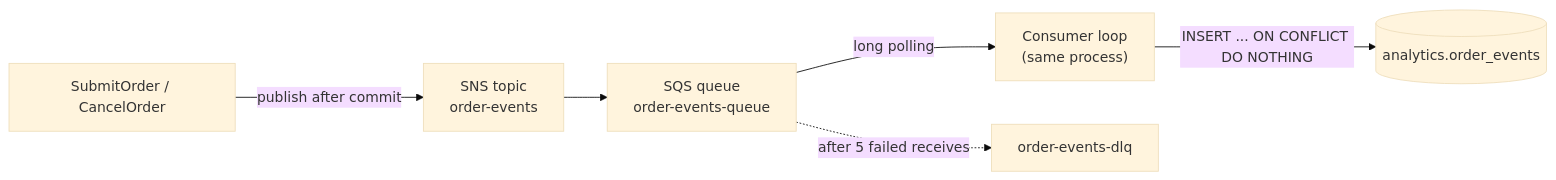
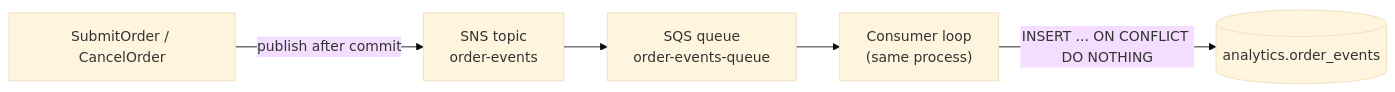
One commit to Samuel0023/cocos-challenge changed the second of 2 diagrams in docs/architecture.md. Above: the diagram before and after it, drawn with Mermaid (base theme). The commit also changed other lines of this file and 13 other files, not shown here.

````diff
--- a/docs/architecture.md
+++ b/docs/architecture.md
@@ -67,8 +65,7 @@
 ```mermaid
 flowchart LR
   API["SubmitOrder / CancelOrder"] -- "publish after commit" --> T["SNS topic<br/>order-events"]
   T --> Q["SQS queue<br/>order-events-queue"]
-  Q -- "long polling" --> C["Consumer loop<br/>(same process)"]
+  Q --> C["Consumer loop<br/>(same process)"]
   C -- "INSERT ... ON CONFLICT DO NOTHING" --> AN[("analytics.order_events")]
-  Q -. "after 5 failed receives" .-> DLQ["order-events-dlq"]
 ```
````
